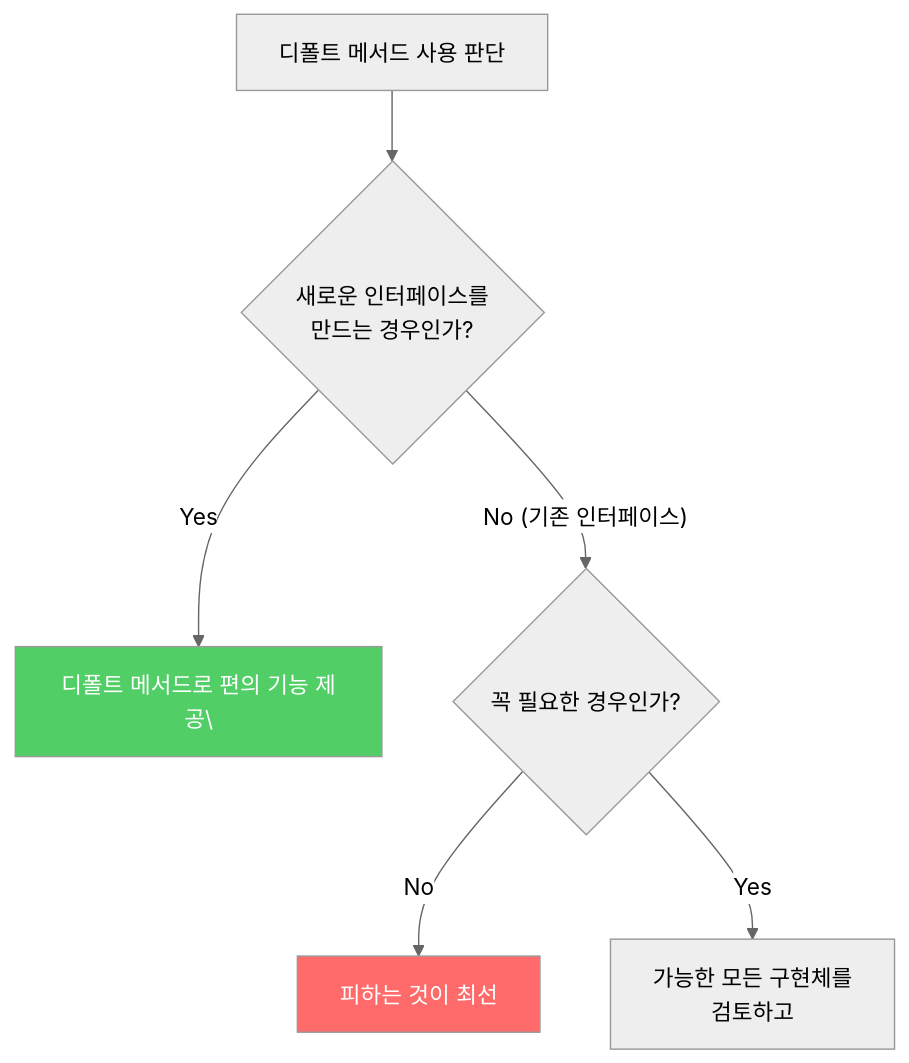
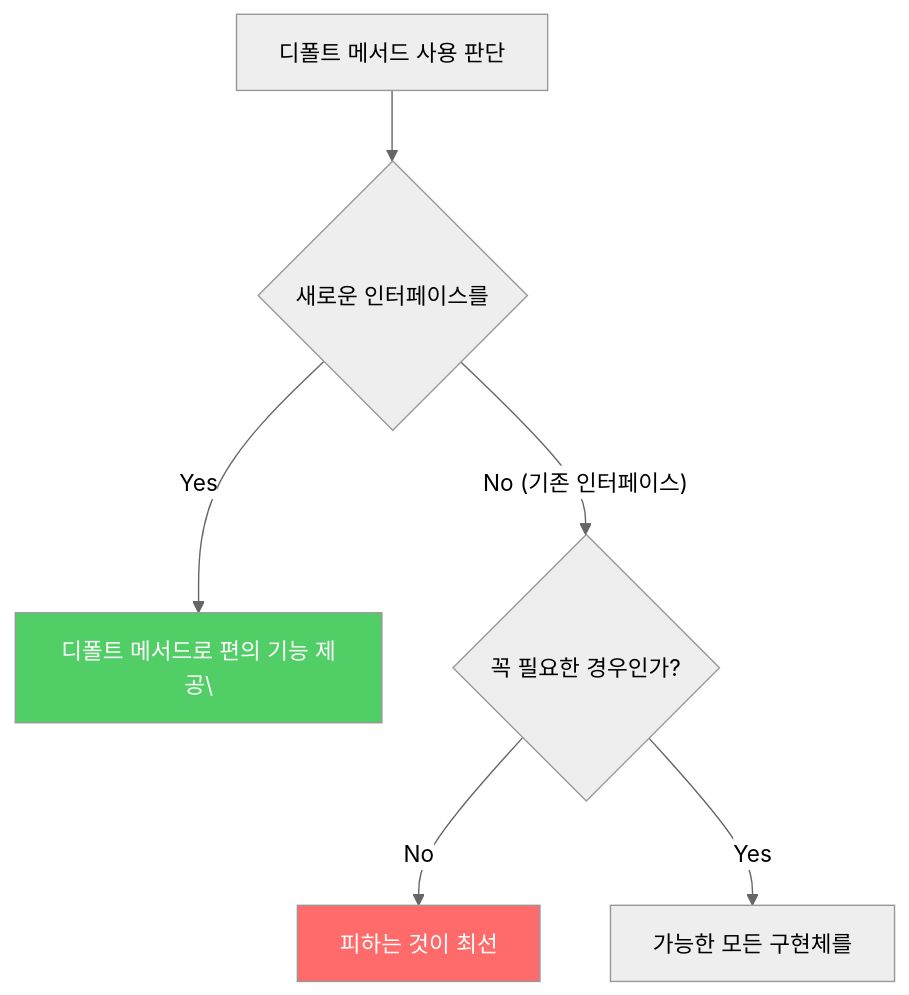
Before and after one commit to yjkim2015/yjkim2015.github.io: the third of 4 diagrams in _posts/java/2022-01-04-effective-java21.md, drawn with Mermaid (neutral theme). The commit also changed other lines of this file and 217 other files, not shown here.

First line of the commit message:
Mermaid 크기 수정: useMaxWidth:true + SVG max-width:100% + 라벨 축소

````diff
--- a/_posts/java/2022-01-04-effective-java21.md
+++ b/_posts/java/2022-01-04-effective-java21.md
@@ -90,10 +90,10 @@
 ```mermaid
 graph TD
-    A["디폴트 메서드 사용 판단"] --> B{"새로운 인터페이스를\n만드는 경우인가?"}
+    A["디폴트 메서드 사용 판단"] --> B{"새로운 인터페이스를"}
     B -->|"Yes"| C["디폴트 메서드로 편의 기능 제공\"]
     B -->|"No (기존 인터페이스)"| D{"꼭 필요한 경우인가?"}
     D -->|"No"| E["피하는 것이 최선"]
-    D -->|"Yes"| F["가능한 모든 구현체를\n검토하고"]
+    D -->|"Yes"| F["가능한 모든 구현체를"]
     style C fill:#51cf66,color:#fff
     style E fill:#ff6b6b,color:#fff
 ```
````
